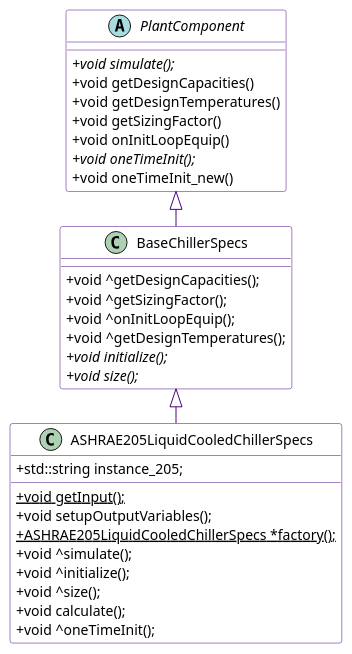
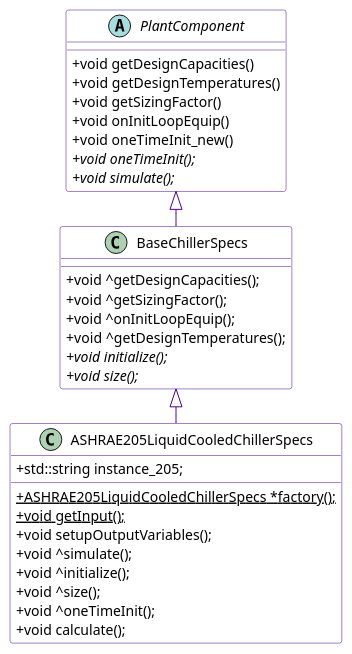
Before and after one commit to NREL/EnergyPlus: the diagram in design/FY2022/NFP-ASHRAE205-Chillers.plantuml, drawn with PlantUML. The commit also changed other lines of this file and 2 other files, not shown here.

Commit message:
Clean up diagram.

```diff
--- a/design/FY2022/NFP-ASHRAE205-Chillers.plantuml
+++ b/design/FY2022/NFP-ASHRAE205-Chillers.plantuml
@@ -1,53 +1,53 @@
 @startuml
 left to right direction
 
 skinparam shadowing false
 skinparam class {
 	BorderColor Indigo
 	BackgroundColor White
 	ArrowColor Indigo
 }
 skinparam note {
 	BorderColor Indigo
    BorderThickness 2
    BackgroundColor #F5F5F5
 }
 skinparam stereotypeCBackgroundColor LightSteelBlue
 skinparam classAttributeIconSize      0
 
 class ASHRAE205LiquidCooledChillerSpecs {
    + std::string instance_205;
    __
+   + {static} ASHRAE205LiquidCooledChillerSpecs *factory();
    + {static} void getInput();
    + void setupOutputVariables();
-   + {static} ASHRAE205LiquidCooledChillerSpecs *factory();
    + void ^simulate();
    + void ^initialize();
    + void ^size();
+   + void ^oneTimeInit();
    + void calculate();
-   + void ^oneTimeInit();
 }
 
 class BaseChillerSpecs {
    + void ^getDesignCapacities();
    + void ^getSizingFactor();
    + void ^onInitLoopEquip();
    + void ^getDesignTemperatures();
    + {abstract} void initialize();
    + {abstract} void size();
 }
 
 abstract class PlantComponent {
-   + {abstract} void simulate();
    + void getDesignCapacities()
    + void getDesignTemperatures()
    + void getSizingFactor()
    + void onInitLoopEquip()
+   + void oneTimeInit_new()
    + {abstract} void oneTimeInit();
-   + void oneTimeInit_new()
+   + {abstract} void simulate();
 }
 
 BaseChillerSpecs <|- ASHRAE205LiquidCooledChillerSpecs
 PlantComponent <|- BaseChillerSpecs
 
 @enduml
```
